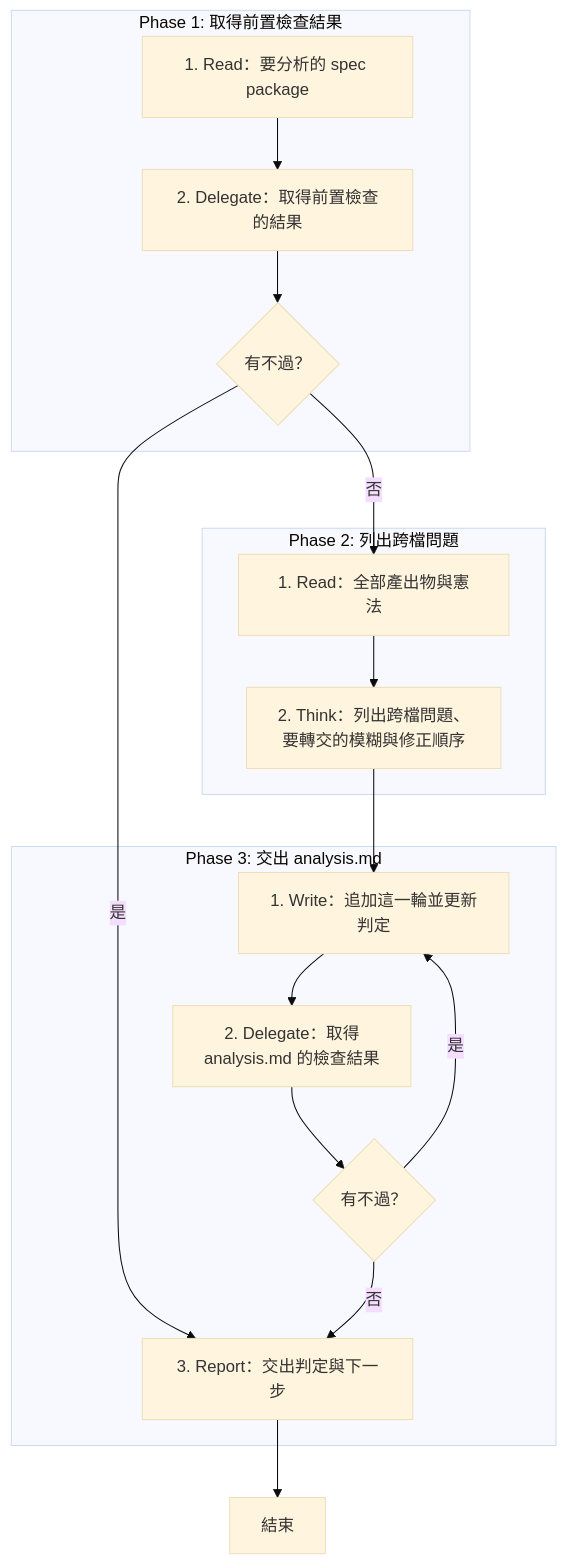
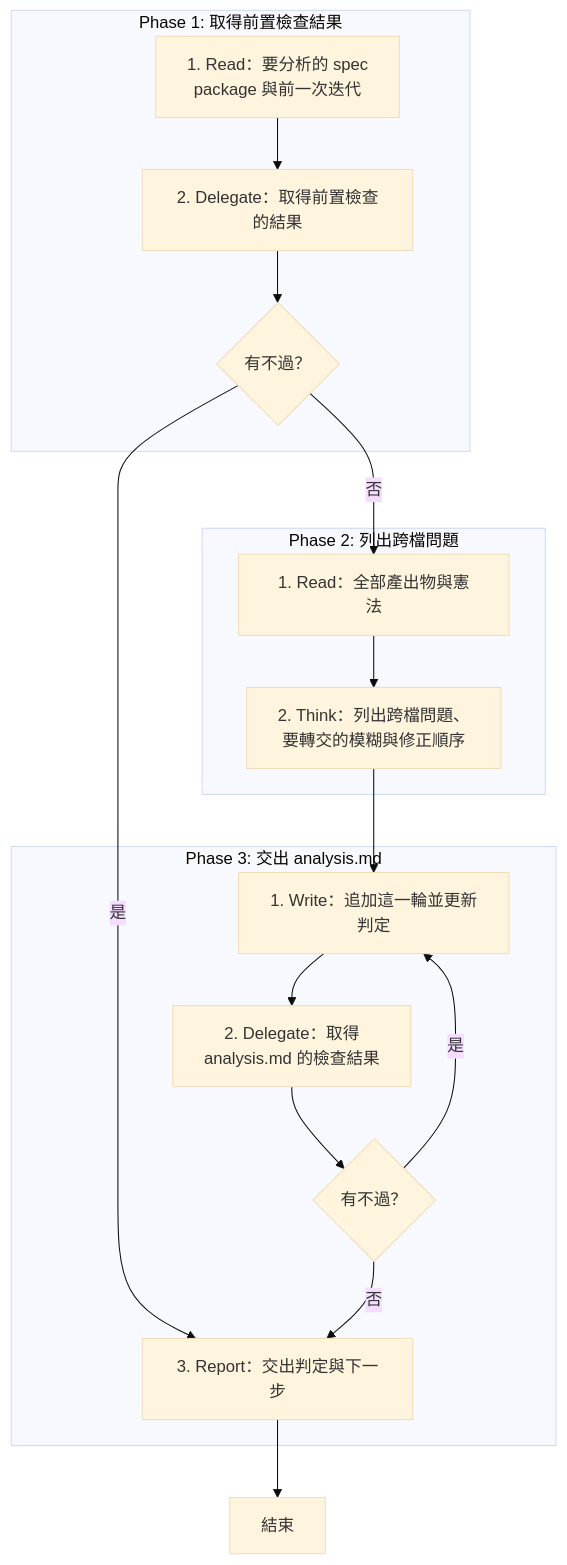
One commit to AI-x-BDD/BDGG-Dev-Skills changed the diagram in .claude/skills/analyze/SKILL.md. Above: the diagram before and after it, drawn with Mermaid (base theme). The commit also changed other lines of this file and 3 other files, not shown here.

````diff
--- a/.claude/skills/analyze/SKILL.md
+++ b/.claude/skills/analyze/SKILL.md
@@ -24,30 +24,30 @@
 ```mermaid
 flowchart TD
     subgraph P1["Phase 1: 取得前置檢查結果"]
-        P1S1["1. Read：要分析的 spec package"]
+        P1S1["1. Read：要分析的 spec<br/>package 與前一次迭代"]
         P1S2["2. Delegate：取得前置檢查的結果"]
         G_P1S2_1{"有不過？"}
     end
     subgraph P2["Phase 2: 列出跨檔問題"]
         P2S1["1. Read：全部產出物與憲法"]
         P2S2["2. Think：列出跨檔問題、<br/>要轉交的模糊與修正順序"]
     end
     subgraph P3["Phase 3: 交出 analysis.md"]
         P3S1["1. Write：追加這一輪並更新判定"]
         P3S2["2. Delegate：取得<br/>analysis.md 的檢查結果"]
         G_P3S2_1{"有不過？"}
         P3S3["3. Report：交出判定與下一步"]
     end
     End["結束"]
     P1S1 --> P1S2
     P1S2 --> G_P1S2_1
     G_P1S2_1 -->|是| P3S3
     G_P1S2_1 -->|否| P2S1
     P2S1 --> P2S2
     P2S2 --> P3S1
     P3S1 --> P3S2
     P3S2 --> G_P3S2_1
     G_P3S2_1 -->|是| P3S1
     G_P3S2_1 -->|否| P3S3
     P3S3 --> End
 ```
````
